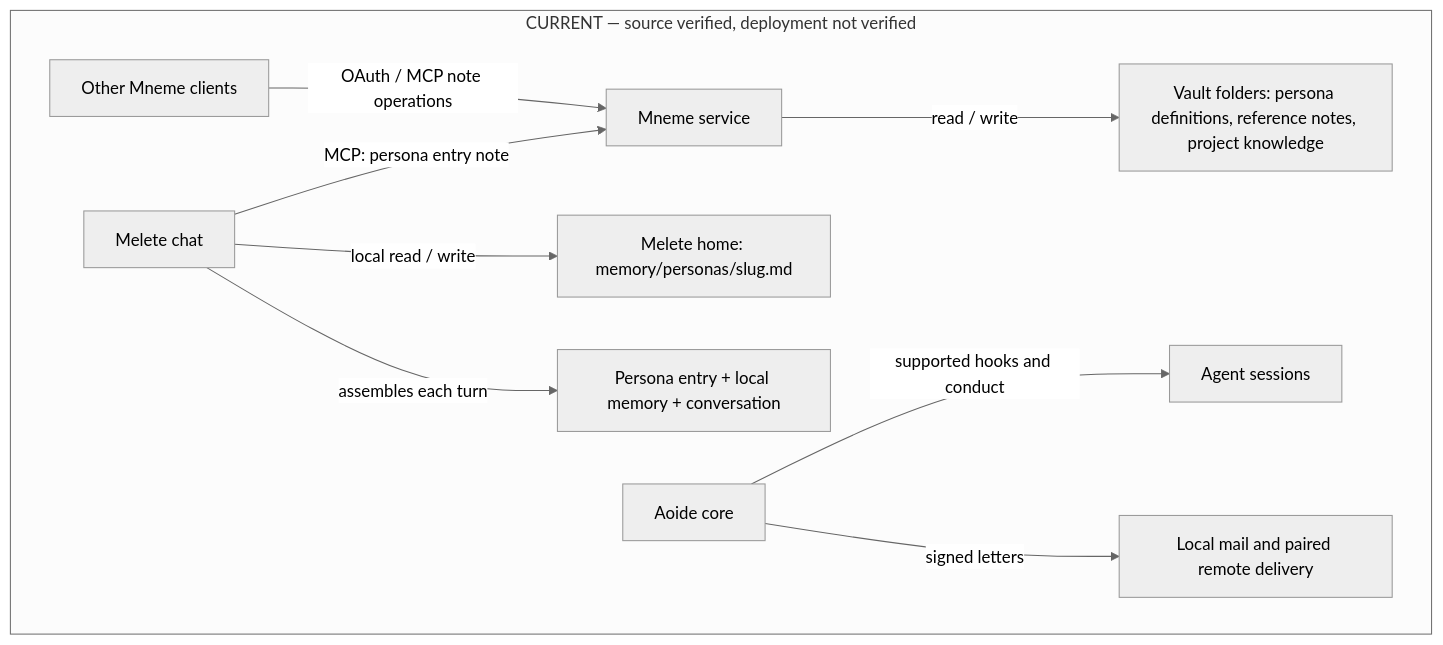
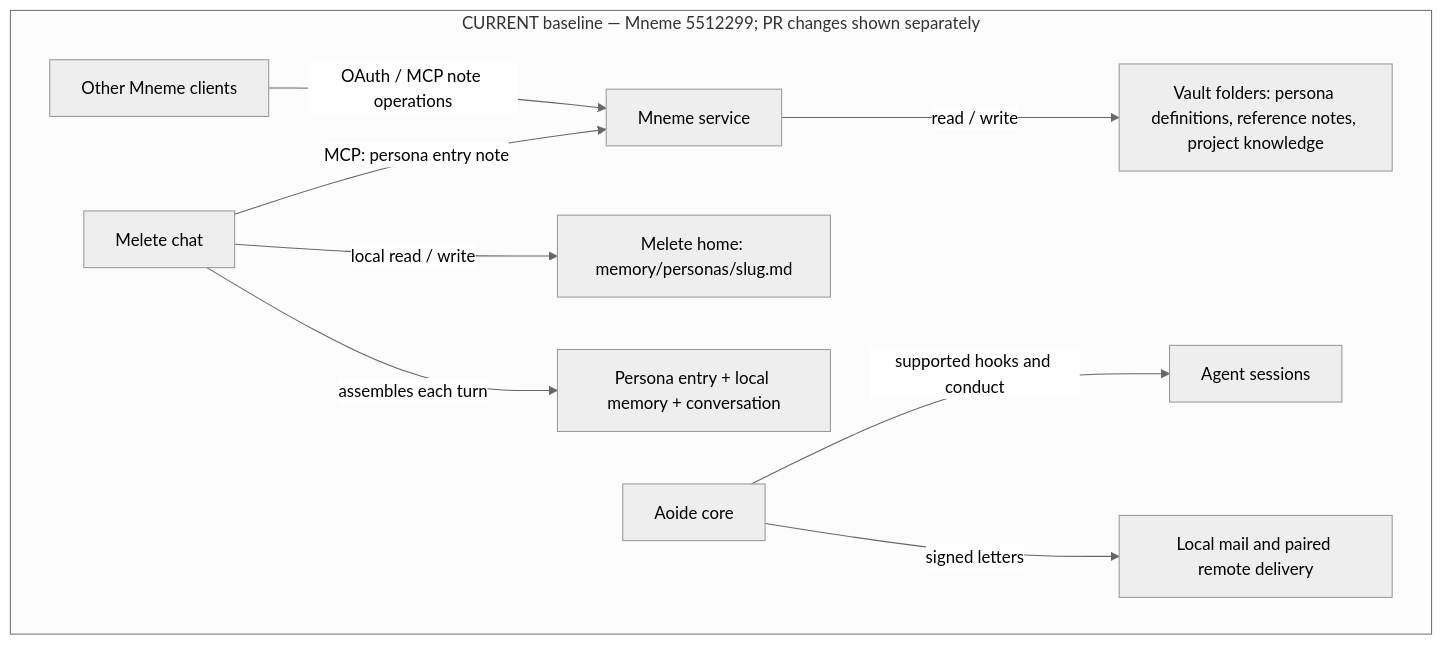
Before and after one commit to dxcently/Aoide: the first of 3 diagrams in docs/Aoide-Wiki/references/mneme-shared-memory-and-aoide.md, drawn with Mermaid (neutral theme). The commit also changed other lines of this file and 5 other files, not shown here.

First line of the commit message:
docs(architecture): mesh API, mail-only access, contained desktop preview, and the 09-14 operations handoff

````diff
--- a/docs/Aoide-Wiki/references/mneme-shared-memory-and-aoide.md
+++ b/docs/Aoide-Wiki/references/mneme-shared-memory-and-aoide.md
@@ -85,12 +92,12 @@
 ```mermaid
 flowchart TB
-    subgraph Current["CURRENT — source verified, deployment not verified"]
+    subgraph Current["CURRENT baseline — Mneme 5512299; PR changes shown separately"]
         Other["Other Mneme clients"] -->|"OAuth / MCP note operations"| Mneme["Mneme service"]
         Melete["Melete chat"] -->|"MCP: persona entry note"| Mneme
         Mneme -->|"read / write"| Vault["Vault folders: persona definitions, reference notes, project knowledge"]
         Melete -->|"local read / write"| Memory["Melete home: memory/personas/slug.md"]
         Melete -->|"assembles each turn"| Prompt["Persona entry + local memory + conversation"]
         Aoide["Aoide core"] -->|"supported hooks and conduct"| Sessions["Agent sessions"]
         Aoide -->|"signed letters"| Mail["Local mail and paired remote delivery"]
     end
 ```
````
